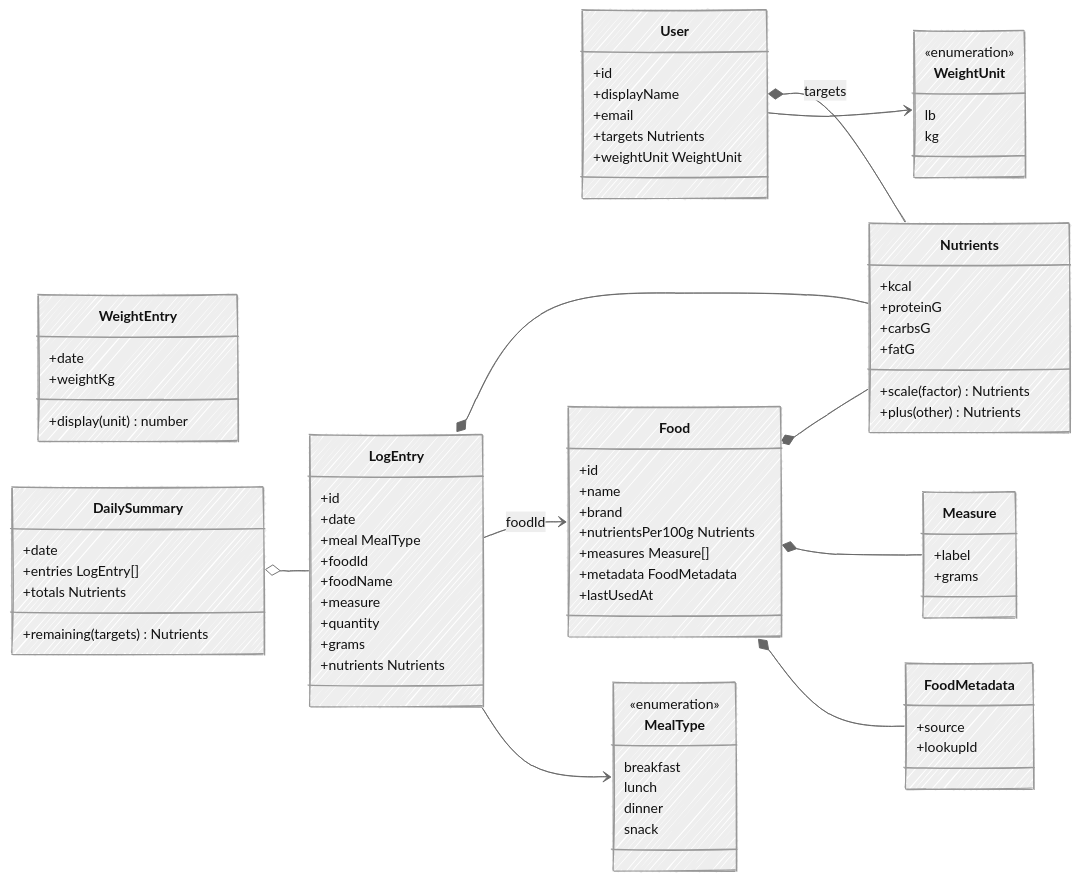
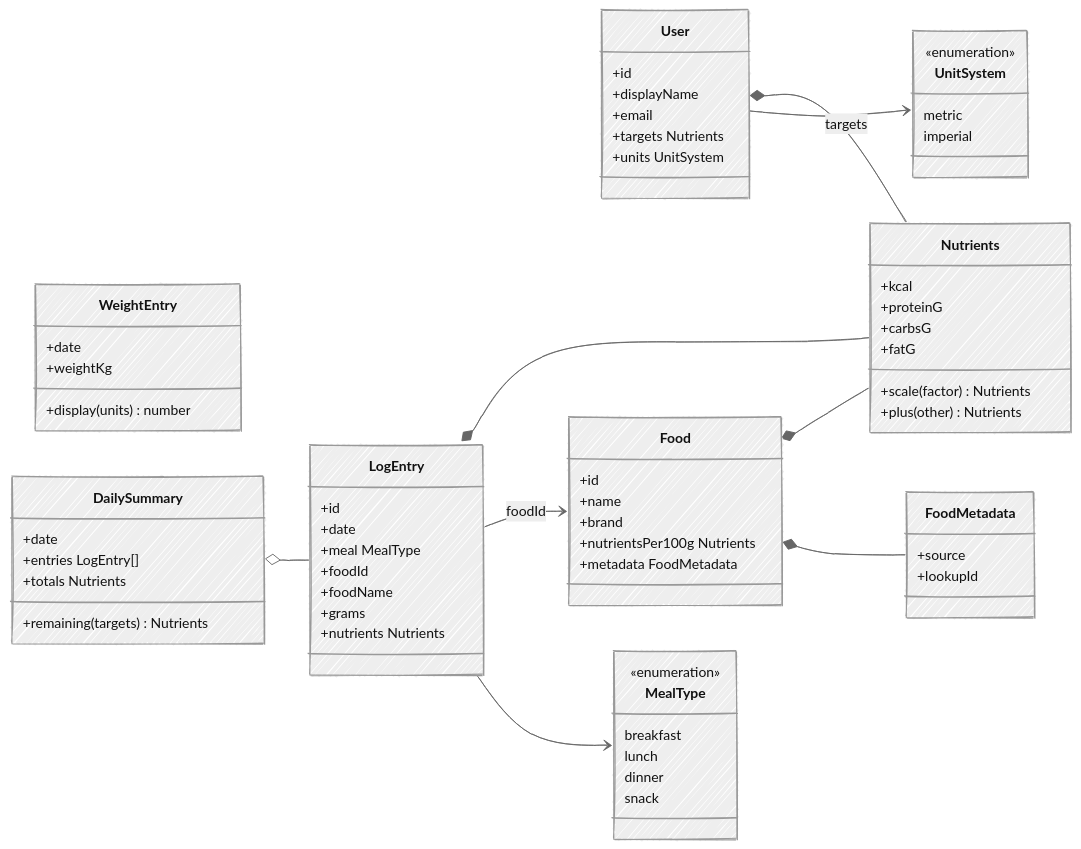
The third of 4 diagrams in docs/mvp.md (ai-rayven/wellness-ai), drawn with Mermaid before and after one commit. The commit also changed other lines of this file, not shown here.

First line of the commit message:
Make foods global and store one unit (g, kg)

````diff
--- a/docs/mvp.md
+++ b/docs/mvp.md
@@ -149,20 +146,14 @@
         +displayName
         +email
         +targets Nutrients
-        +weightUnit WeightUnit
+        +units UnitSystem
     }
     class Food {
         +id
         +name
         +brand
         +nutrientsPer100g Nutrients
-        +measures Measure[]
         +metadata FoodMetadata
-        +lastUsedAt
-    }
-    class Measure {
-        +label
-        +grams
     }
     class FoodMetadata {
         +source
@@ -174,15 +165,13 @@
         +meal MealType
         +foodId
         +foodName
-        +measure
-        +quantity
         +grams
         +nutrients Nutrients
     }
     class WeightEntry {
         +date
         +weightKg
-        +display(unit) number
+        +display(units) number
     }
     class DailySummary {
         +date
@@ -205,10 +194,10 @@
         dinner
         snack
     }
-    class WeightUnit {
+    class UnitSystem {
         <<enumeration>>
-        lb
-        kg
+        metric
+        imperial
     }
 
     User *-- Nutrients : targets
@@ -216,8 +205,7 @@
     LogEntry *-- Nutrients
     LogEntry --> Food : foodId
     LogEntry --> MealType
-    Food *-- Measure
     Food *-- FoodMetadata
-    User --> WeightUnit
+    User --> UnitSystem
     DailySummary o-- LogEntry
 ```
````
